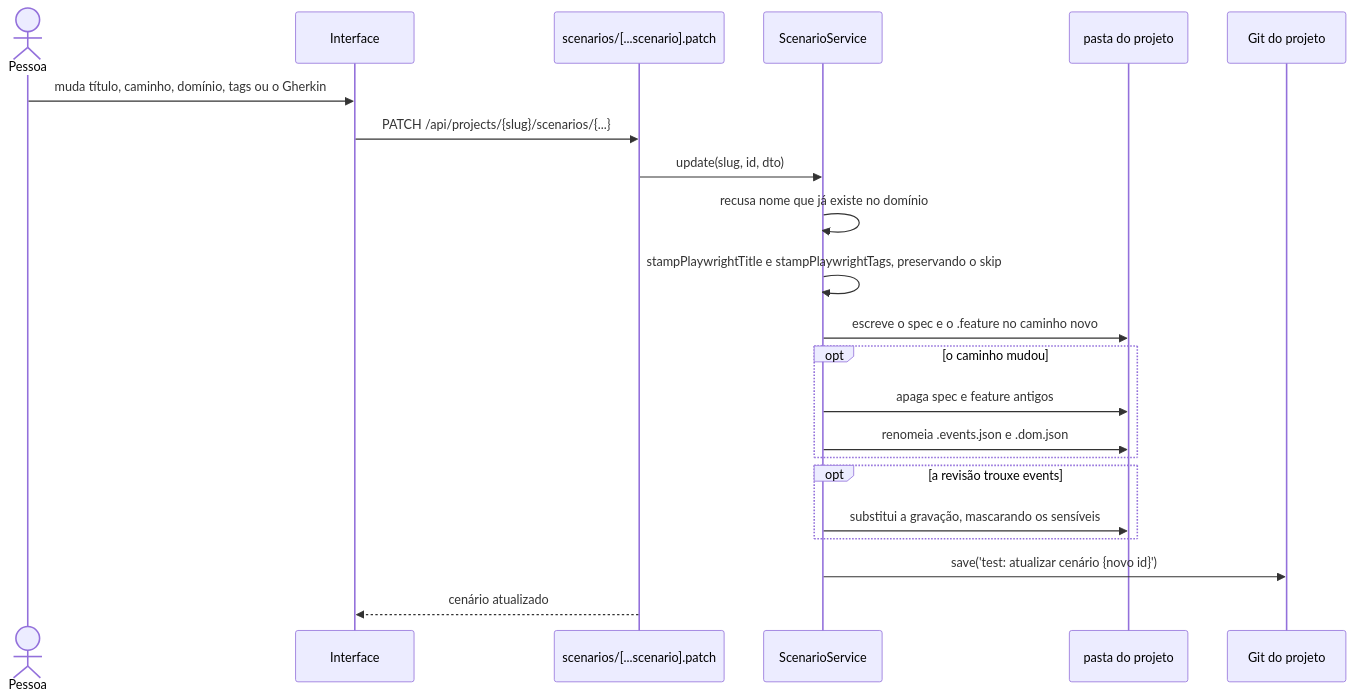
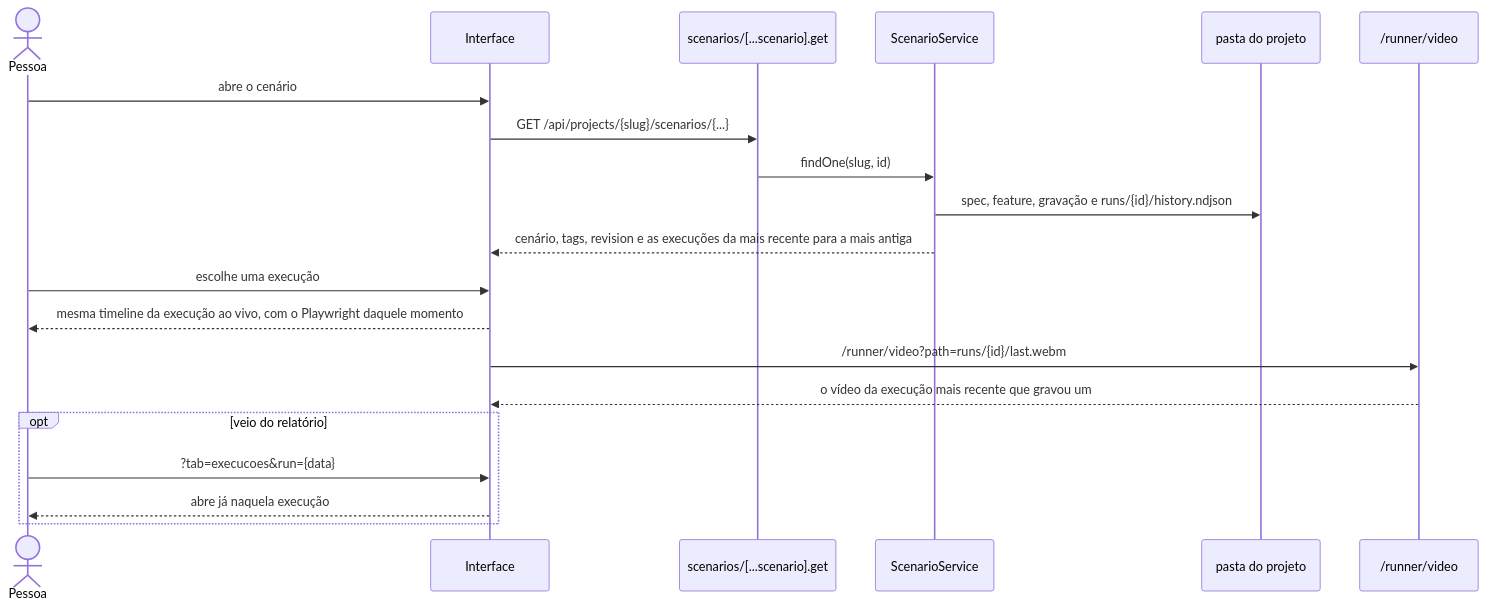
Before and after one commit to KauanCalheiro/acutis: diagram 17 of 28 in docs/DIAGRAMS/SEQUENCE-DIAGRAMS.md, drawn with Mermaid. The commit also changed other lines of this file and 7 other files, not shown here.

````diff
--- a/docs/DIAGRAMS/SEQUENCE-DIAGRAMS.md
+++ b/docs/DIAGRAMS/SEQUENCE-DIAGRAMS.md
@@ -372,25 +637,25 @@
 ```mermaid
 sequenceDiagram
   actor Pessoa
   participant App as Interface
-  participant API as scenarios/[...scenario].patch
+  participant API as scenarios/[...scenario].get
   participant SS as ScenarioService
   participant FS as pasta do projeto
-  participant Git as Git do projeto
+  participant VID as /runner/video
 
-  Pessoa->>App: muda título, caminho, domínio, tags ou o Gherkin
-  App->>API: PATCH /api/projects/{slug}/scenarios/{...}
-  API->>SS: update(slug, id, dto)
-  SS->>SS: recusa nome que já existe no domínio
-  SS->>SS: stampPlaywrightTitle e stampPlaywrightTags, preservando o skip
-  SS->>FS: escreve o spec e o .feature no caminho novo
-  opt o caminho mudou
-    SS->>FS: apaga spec e feature antigos
-    SS->>FS: renomeia .events.json e .dom.json
+  Pessoa->>App: abre o cenário
+  App->>API: GET /api/projects/{slug}/scenarios/{...}
+  API->>SS: findOne(slug, id)
+  SS->>FS: spec, feature, gravação e runs/{id}/history.ndjson
+  SS-->>App: cenário, tags, revision e as execuções da mais recente para a mais antiga
+
+  Pessoa->>App: escolhe uma execução
+  App-->>Pessoa: mesma timeline da execução ao vivo, com o Playwright daquele momento
+  App->>VID: /runner/video?path=runs/{id}/last.webm
+  VID-->>App: o vídeo da execução mais recente que gravou um
+
+  opt veio do relatório
+    Pessoa->>App: ?tab=execucoes&run={data}
+    App-->>Pessoa: abre já naquela execução
   end
-  opt a revisão trouxe events
-    SS->>FS: substitui a gravação, mascarando os sensíveis
-  end
-  SS->>Git: save('test: atualizar cenário {novo id}')
-  API-->>App: cenário atualizado
 ```
````
